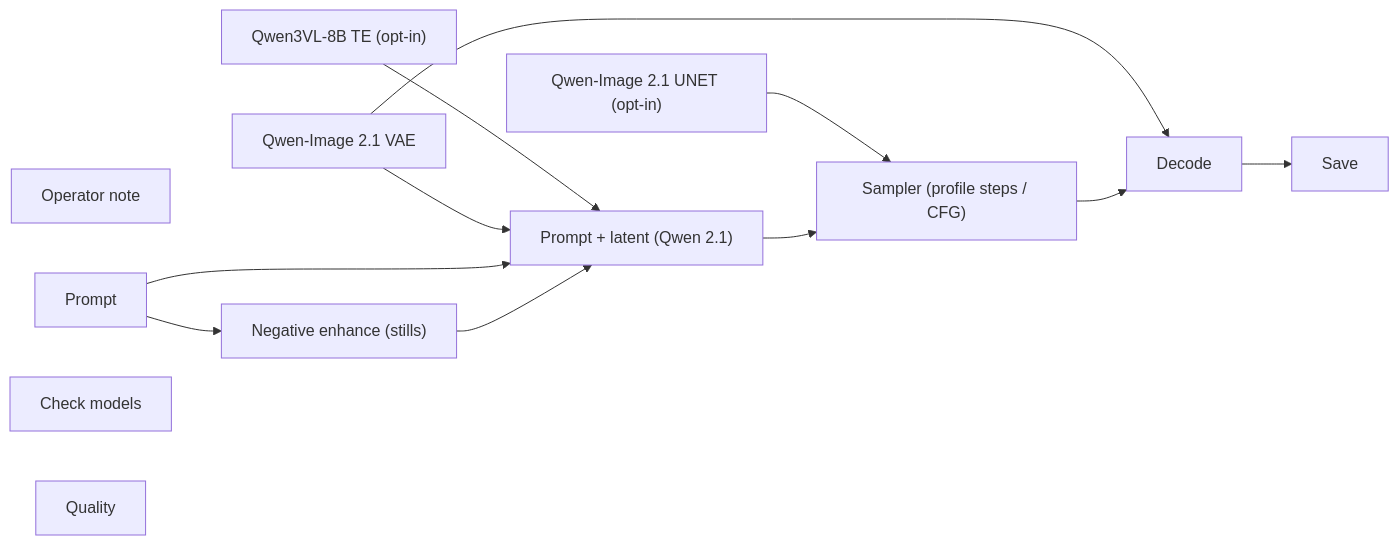
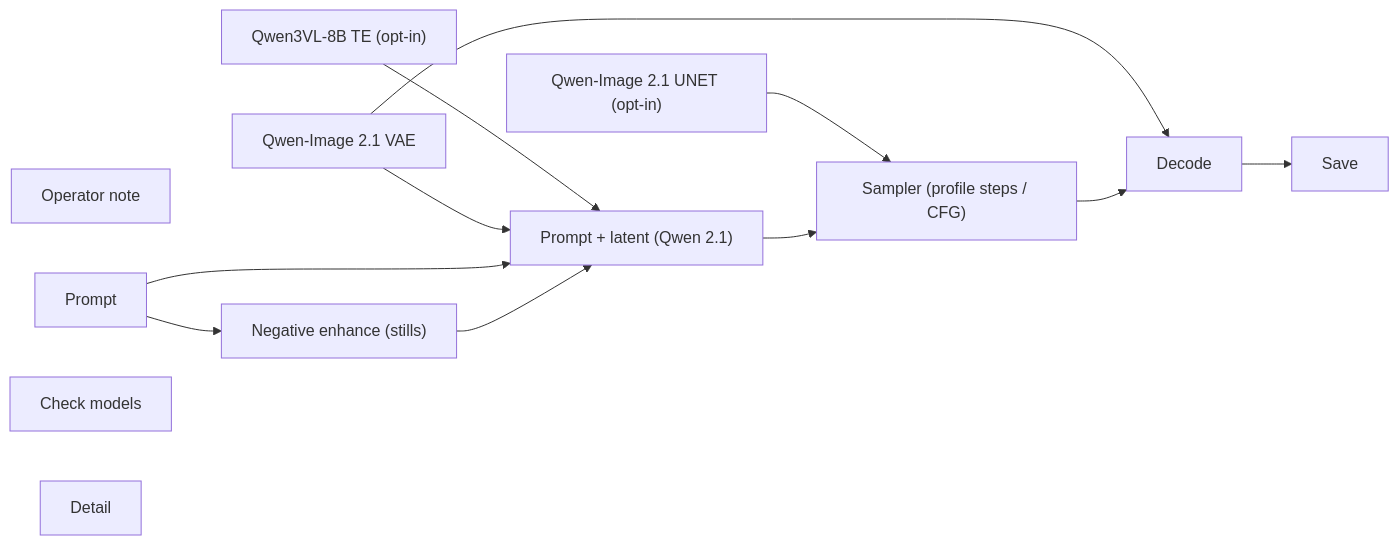
The diagram in docs/generated/workflows/labs/opt-in/still-qwen-image.md (toxicoder/ez-comfy-stack), drawn with Mermaid before and after one commit. The commit also changed other lines of this file and 881 other files, not shown here.

````diff
--- a/docs/generated/workflows/labs/opt-in/still-qwen-image.md
+++ b/docs/generated/workflows/labs/opt-in/still-qwen-image.md
@@ -57,25 +57,25 @@
 ```mermaid
 flowchart LR
   N1["Operator note"]
   N2["Qwen-Image 2.1 UNET (opt-in)"]
   N3["Qwen3VL-8B TE (opt-in)"]
   N4["Qwen-Image 2.1 VAE"]
   N5["Prompt"]
   N6["Negative enhance (stills)"]
   N7["Prompt + latent (Qwen 2.1)"]
   N8["Sampler (profile steps / CFG)"]
   N9["Decode"]
   N10["Save"]
   N11["Check models"]
-  N12["Quality"]
+  N12["Detail"]
   N2 --> N8
   N3 --> N7
   N4 --> N7
   N4 --> N9
   N5 --> N6
   N5 --> N7
   N6 --> N7
   N7 --> N8
   N8 --> N9
   N9 --> N10
 ```
````
